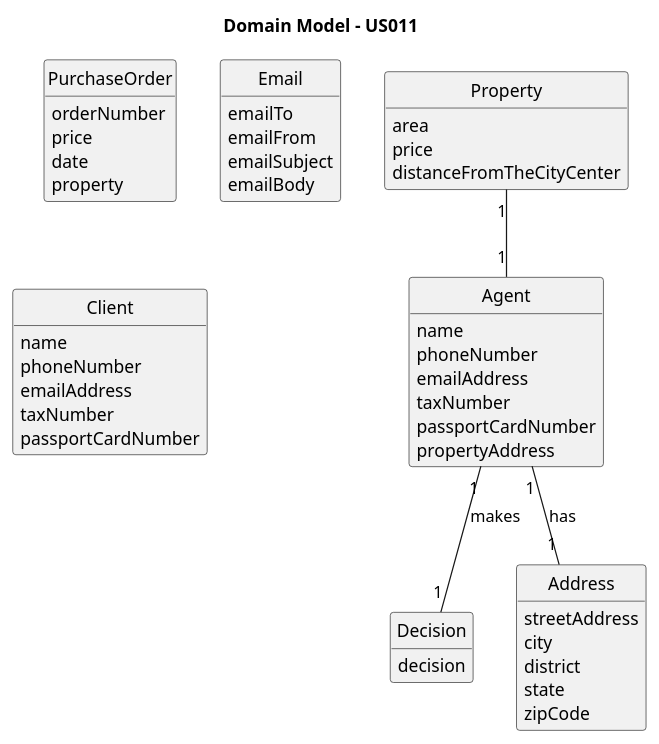
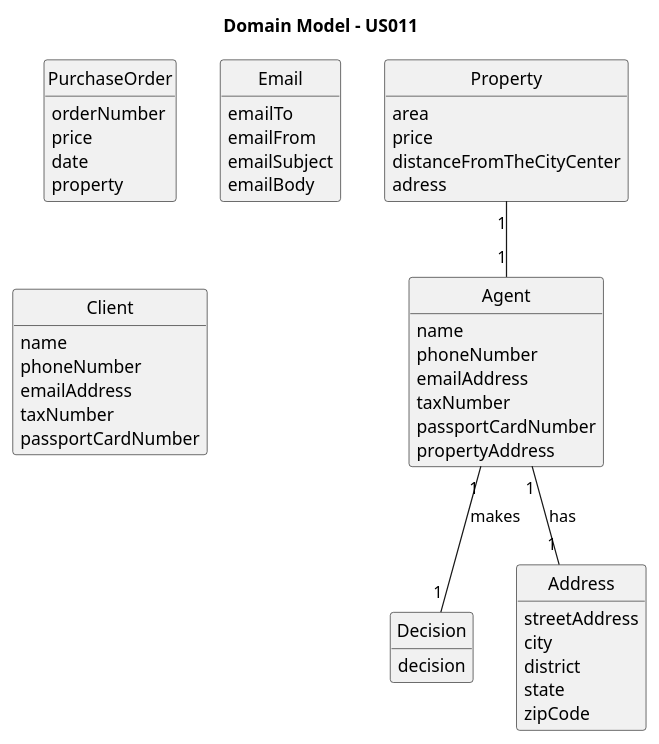
The diagram in docs/sprintC/us011/02.analysis/puml/us011-domain-model.puml (1220812/LAPR2), drawn with PlantUML before and after one commit. The commit also changed 7 other files, not shown here.

```diff
--- a/docs/sprintC/us011/02.analysis/puml/us011-domain-model.puml
+++ b/docs/sprintC/us011/02.analysis/puml/us011-domain-model.puml
@@ -1,73 +1,74 @@
 @startuml
 skinparam monochrome true
 skinparam packageStyle rectangle
 skinparam shadowing false
 
 'left to right direction
 
 skinparam classAttributeIconSize 0
 
 hide circle
 hide methods
 
 title Domain Model - US011
 
 class Property{
 area
 price
 distanceFromTheCityCenter
+adress
 }
 
 class Agent{
    name
    phoneNumber
    emailAddress
    taxNumber
    passportCardNumber
    propertyAddress
 }
 
 class Decision{
 decision
 }
 
 class PurchaseOrder{
 orderNumber
 price
 date
 property
 }
 
 class Address{
 streetAddress
 city
 district
 state
 zipCode
 }
 
 class Email{
 emailTo
 emailFrom
 emailSubject
 emailBody
 }
 
 class Client{
 name
 phoneNumber
 emailAddress
 taxNumber
 passportCardNumber
 }
 
 Property "1" -- "1" Agent
 
 Agent "1" -- "1" Address : has
 Agent "1" -- "1" Decision : makes
 
 
 
 
 
 @enduml
```
